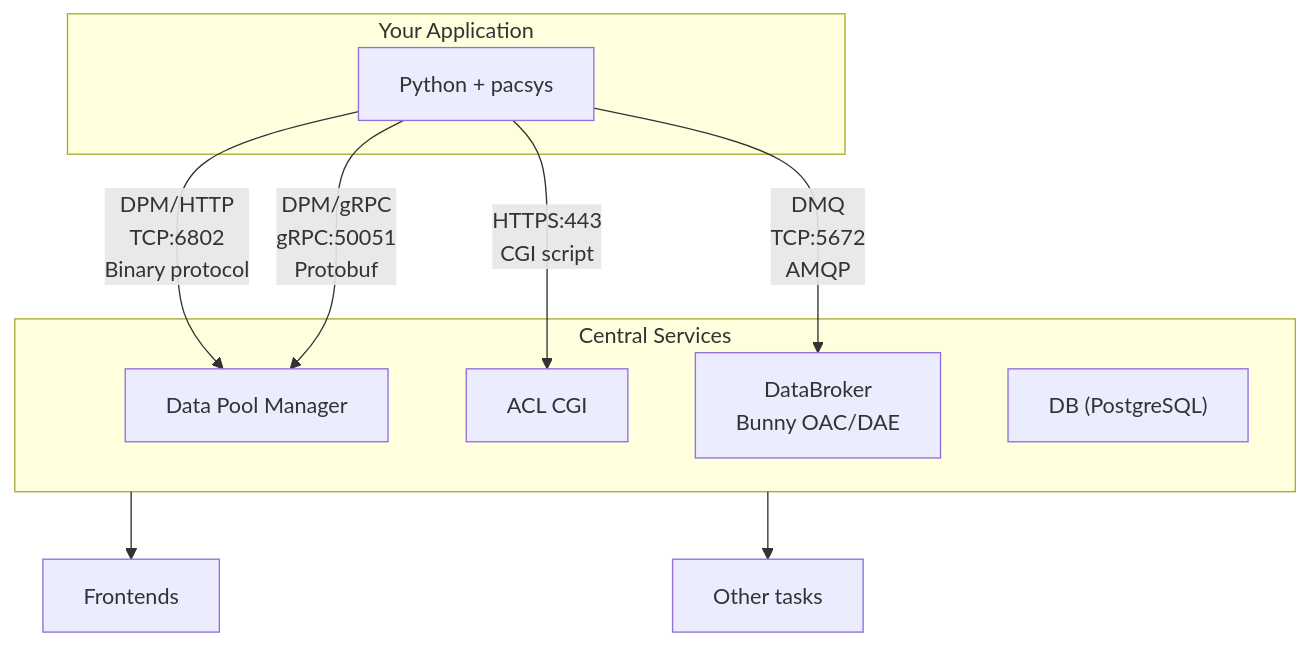
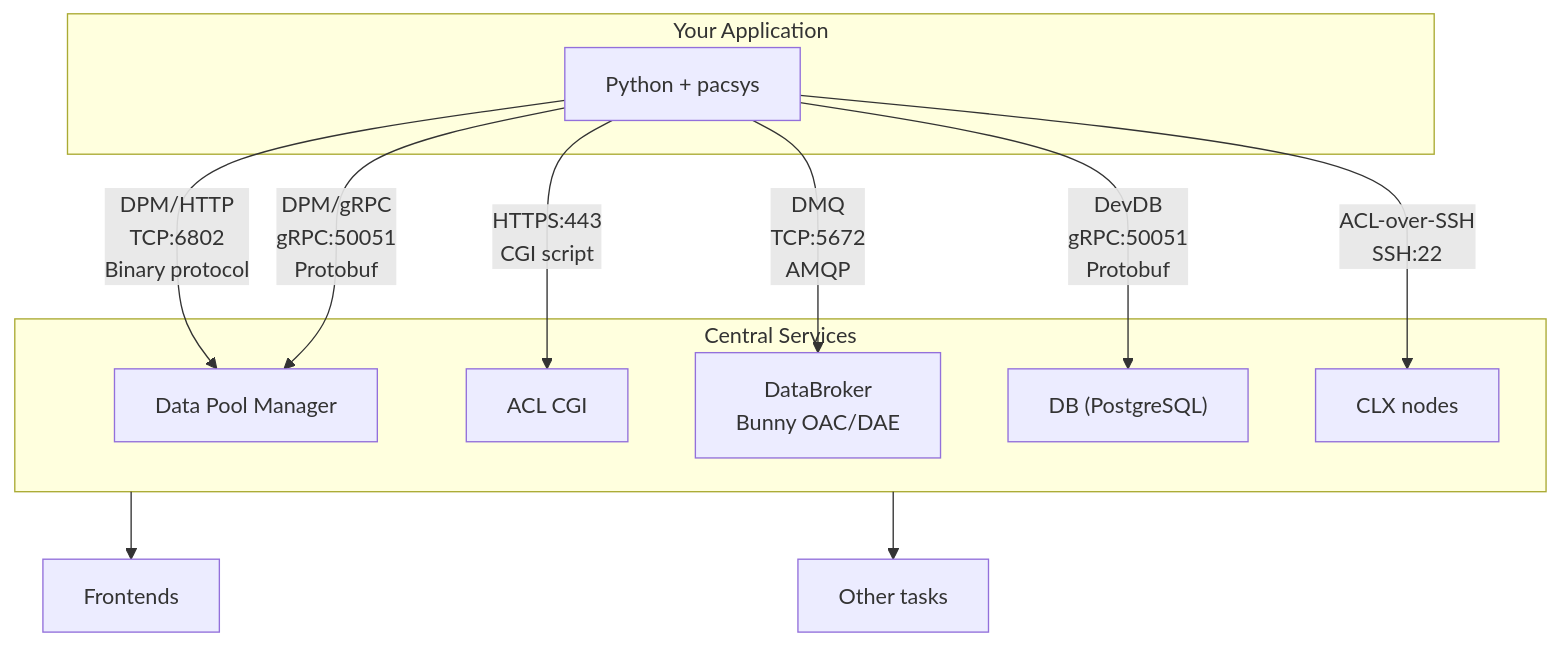
Before and after one commit to beauremus/pacsys: the first of 2 diagrams in docs/backends/index.md, drawn with Mermaid. The commit also changed 2 other files, not shown here.

Commit message:
pypi urls

````diff
--- a/docs/backends/index.md
+++ b/docs/backends/index.md
@@ -7,24 +7,27 @@
 ```mermaid
 flowchart TB
     subgraph App[Your Application]
         P[Python + pacsys]
     end
 
     subgraph CS[Central Services]
         DPM[Data Pool Manager]
         ACL[ACL CGI]
         DMQ[DataBroker<br>Bunny OAC/DAE]
         DB["DB (PostgreSQL)"]
+        CLX[CLX nodes]
     end
 
     FE[Frontends]
     OT[Other tasks]
 
     P -->|DPM/HTTP<br>TCP:6802<br>Binary protocol| DPM
     P -->|DPM/gRPC<br>gRPC:50051<br>Protobuf| DPM
     P -->|HTTPS:443<br>CGI script| ACL
     P -->|DMQ<br>TCP:5672<br>AMQP| DMQ
+    P -->|DevDB<br>gRPC:50051<br>Protobuf| DB
+    P -->|ACL-over-SSH<br>SSH:22| CLX
 
     CS --> FE
     CS --> OT
 ```
````
